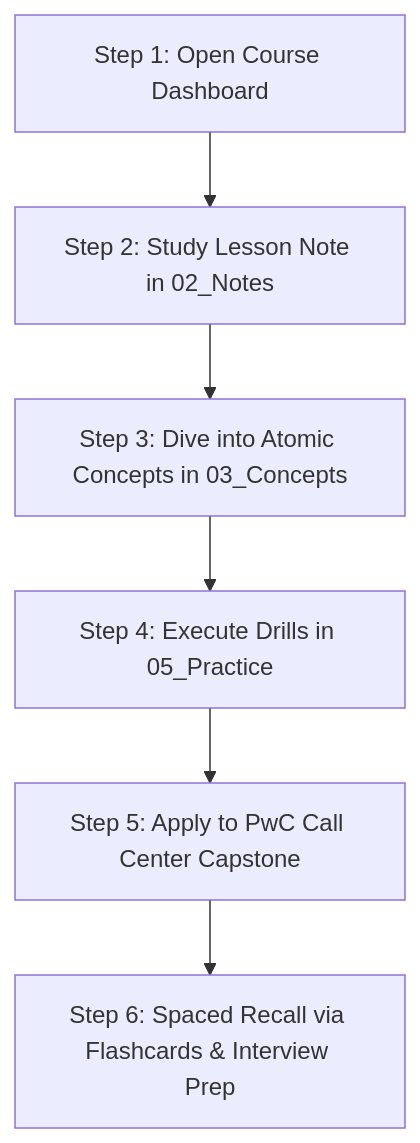
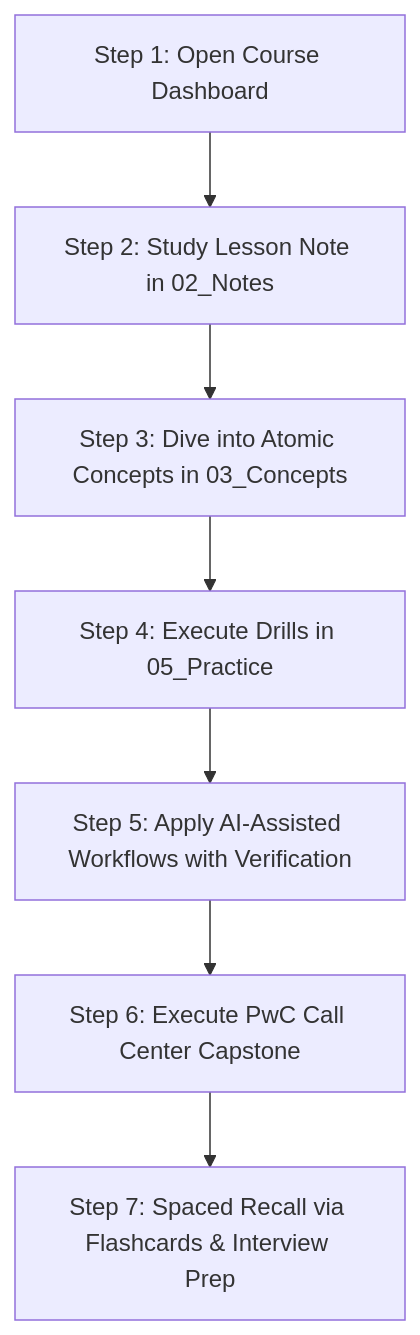
Before and after one commit to Sohila-Khaled-Abbas/COURSE-EXCEL-ZERO-TO-HERO: the second of 2 diagrams in README.md, drawn with Mermaid. The commit also changed other lines of this file and 36 other files, not shown here.

Commit message:
feat(ai-track): add AI-assisted Excel learning system, SORT formulas, implementation roadmap, and dashboard fixes

````diff
--- a/README.md
+++ b/README.md
@@ -328,8 +383,9 @@
 ```mermaid
 flowchart TD
     A[Step 1: Open Course Dashboard] --> B[Step 2: Study Lesson Note in 02_Notes]
     B --> C[Step 3: Dive into Atomic Concepts in 03_Concepts]
     C --> D[Step 4: Execute Drills in 05_Practice]
-    D --> E[Step 5: Apply to PwC Call Center Capstone]
-    E --> F[Step 6: Spaced Recall via Flashcards & Interview Prep]
+    D --> E[Step 5: Apply AI-Assisted Workflows with Verification]
+    E --> F[Step 6: Execute PwC Call Center Capstone]
+    F --> G[Step 7: Spaced Recall via Flashcards & Interview Prep]
 ```
````
